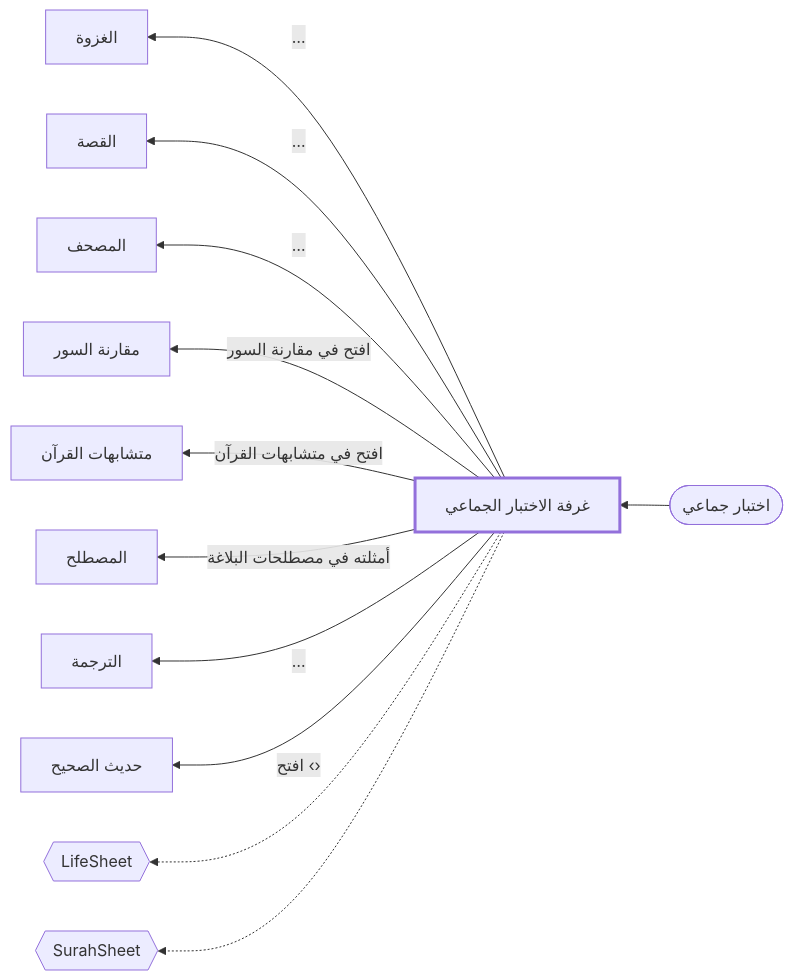
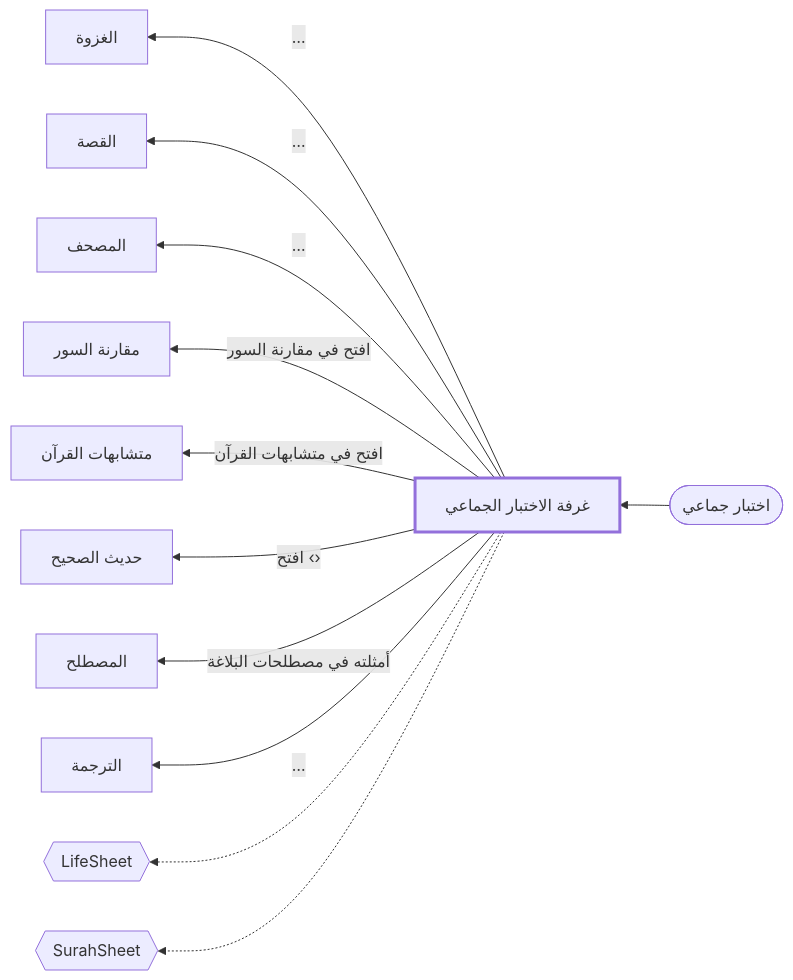
The diagram in docs/feature-map/quiz-party-code.md (msskzx/namaq), drawn with Mermaid before and after one commit. The commit also changed other lines of this file and 30 other files, not shown here.

````diff
--- a/docs/feature-map/quiz-party-code.md
+++ b/docs/feature-map/quiz-party-code.md
@@ -5,16 +5,16 @@
 ```mermaid
 flowchart RL
   me["غرفة الاختبار الجماعي"]
   style me stroke-width:3px
   in0(["اختبار جماعي"]) --> me
   me -- "…" --> out0["الغزوة"]
   me -- "…" --> out1["القصة"]
   me -- "…" --> out2["المصحف"]
   me -- "افتح في مقارنة السور" --> out3["مقارنة السور"]
   me -- "افتح في متشابهات القرآن" --> out4["متشابهات القرآن"]
-  me -- "أمثلته في مصطلحات البلاغة" --> out5["المصطلح"]
-  me -- "…" --> out6["الترجمة"]
-  me -- "افتح ‹›" --> out7["حديث الصحيح"]
+  me -- "افتح ‹›" --> out5["حديث الصحيح"]
+  me -- "أمثلته في مصطلحات البلاغة" --> out6["المصطلح"]
+  me -- "…" --> out7["الترجمة"]
   me -.-> sheet0{{"LifeSheet"}}
   me -.-> sheet1{{"SurahSheet"}}
 ```
````
